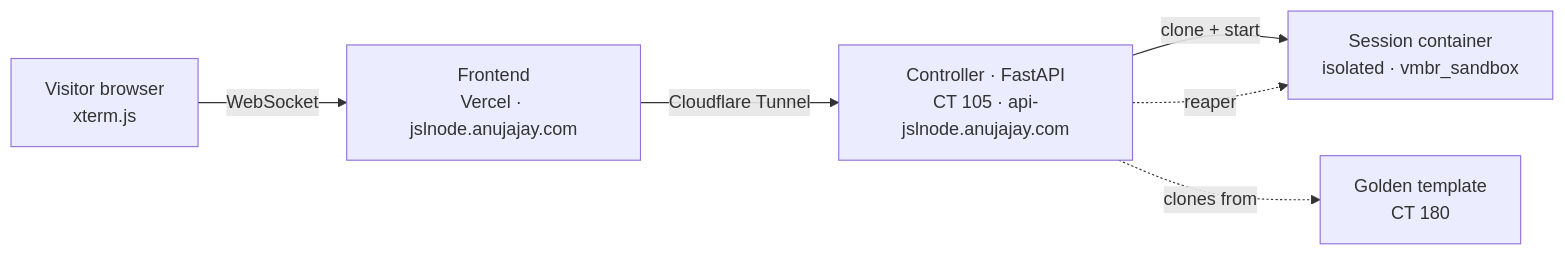
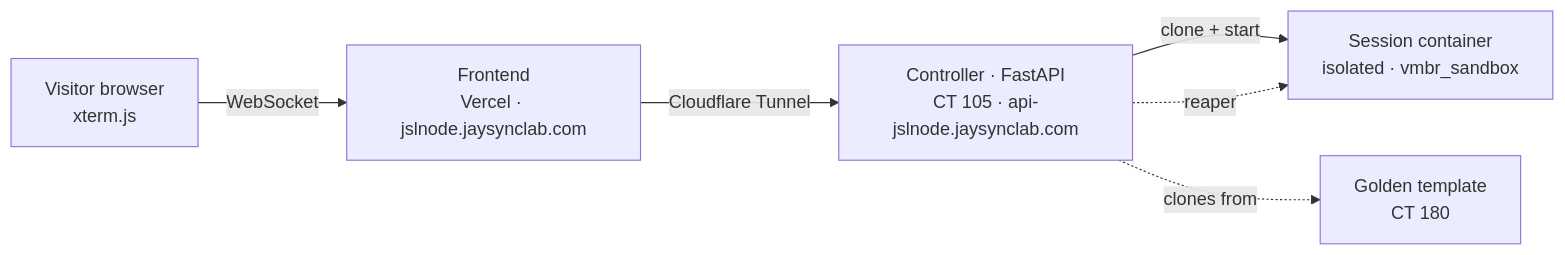
One commit to JaySync-Lab/jaysync-lab-playground changed the diagram in README.md. Above: the diagram before and after it, drawn with Mermaid. The commit also changed other lines of this file and 6 other files, not shown here.

First line of the commit message:
Migrate domain references to jaysynclab.com (#38)

````diff
--- a/README.md
+++ b/README.md
@@ -15,8 +15,8 @@
 ```mermaid
 flowchart LR
-    U[Visitor browser<br/>xterm.js] -->|WebSocket| V["Frontend<br/>Vercel · jslnode.anujajay.com"]
-    V -->|Cloudflare Tunnel| C["Controller · FastAPI<br/>CT 105 · api-jslnode.anujajay.com"]
+    U[Visitor browser<br/>xterm.js] -->|WebSocket| V["Frontend<br/>Vercel · jslnode.jaysynclab.com"]
+    V -->|Cloudflare Tunnel| C["Controller · FastAPI<br/>CT 105 · api-jslnode.jaysynclab.com"]
     C -->|clone + start| S["Session container<br/>isolated · vmbr_sandbox"]
     C -.clones from.-> T["Golden template<br/>CT 180"]
     C -.reaper.-> S
 ```
````
